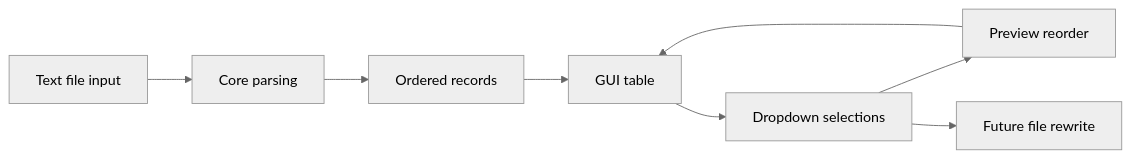
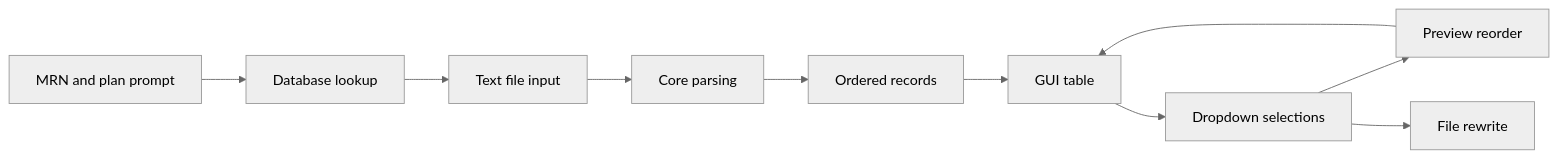
One commit to DunirkDynamo/MonacoLayerShuffler changed the diagram in ARCHITECTURE.md. Above: the diagram before and after it, drawn with Mermaid (neutral theme). The commit also changed other lines of this file and 7 other files, not shown here.

````diff
--- a/ARCHITECTURE.md
+++ b/ARCHITECTURE.md
@@ -7,10 +7,12 @@
 ```mermaid
 flowchart LR
-    A[Text file input] --> B[Core parsing]
-    B --> C[Ordered records]
-    C --> D[GUI table]
-    D --> E[Dropdown selections]
-    E --> F[Preview reorder]
-    F --> D
-    E --> G[Future file rewrite]
+    A[MRN and plan prompt] --> B[Database lookup]
+    B --> C[Text file input]
+    C --> D[Core parsing]
+    D --> E[Ordered records]
+    E --> F[GUI table]
+    F --> G[Dropdown selections]
+    G --> H[Preview reorder]
+    H --> F
+    G --> I[File rewrite]
 ```
````
